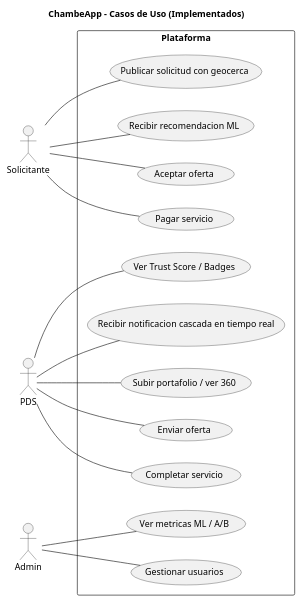
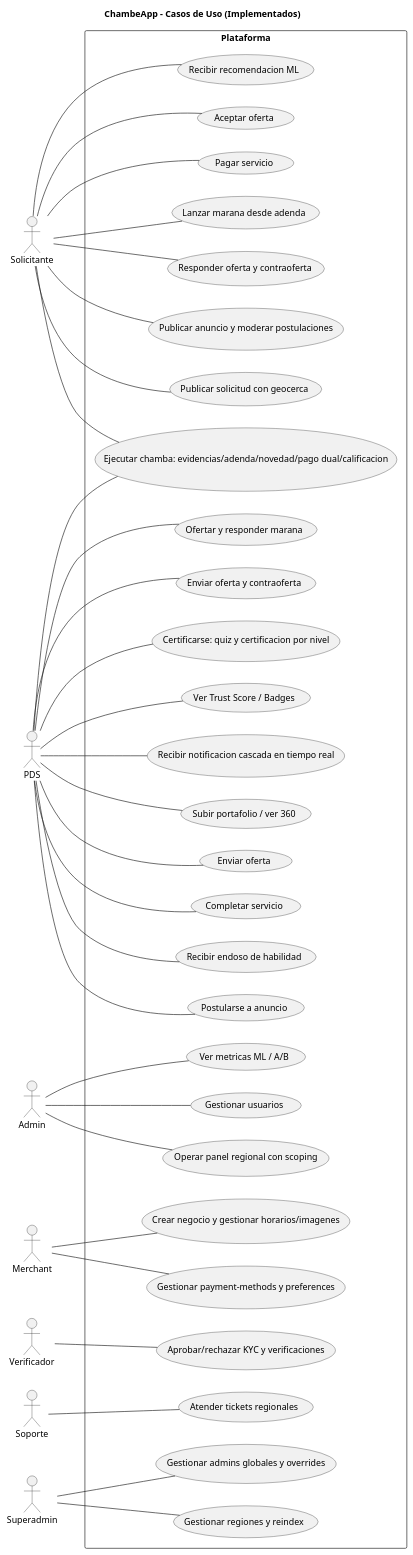
The diagram in Arquitectura/diagramas/05_casos_uso.puml (jpalacioing98/Chambeapp_Doc), drawn with PlantUML before and after one commit. The commit also changed 55 other files, not shown here.

```diff
--- a/Arquitectura/diagramas/05_casos_uso.puml
+++ b/Arquitectura/diagramas/05_casos_uso.puml
@@ -1,21 +1,42 @@
 @startuml
 title ChambeApp - Casos de Uso (Implementados)
 left to right direction
 actor "Solicitante" as SOL
 actor "PDS" as PDS
 actor "Admin" as ADM
+actor "Merchant" as MER
+actor "Verificador" as VER
+actor "Soporte" as SOP
+actor "Superadmin" as SUP
 
 rectangle "Plataforma" {
   SOL -- (Publicar solicitud con geocerca)
   SOL -- (Recibir recomendacion ML)
   SOL -- (Aceptar oferta)
   SOL -- (Pagar servicio)
   PDS -- (Ver Trust Score / Badges)
   PDS -- (Recibir notificacion cascada en tiempo real)
   PDS -- (Subir portafolio / ver 360)
   PDS -- (Enviar oferta)
   PDS -- (Completar servicio)
   ADM -- (Ver metricas ML / A/B)
   ADM -- (Gestionar usuarios)
+  SOL -- (Ejecutar chamba: evidencias/adenda/novedad/pago dual/calificacion)
+  PDS -- (Ejecutar chamba: evidencias/adenda/novedad/pago dual/calificacion)
+  SOL -- (Lanzar marana desde adenda)
+  PDS -- (Ofertar y responder marana)
+  PDS -- (Enviar oferta y contraoferta)
+  SOL -- (Responder oferta y contraoferta)
+  MER -- (Crear negocio y gestionar horarios/imagenes)
+  MER -- (Gestionar payment-methods y preferences)
+  SOL -- (Publicar anuncio y moderar postulaciones)
+  PDS -- (Postularse a anuncio)
+  PDS -- (Certificarse: quiz y certificacion por nivel)
+  PDS -- (Recibir endoso de habilidad)
+  VER -- (Aprobar/rechazar KYC y verificaciones)
+  SOP -- (Atender tickets regionales)
+  ADM -- (Operar panel regional con scoping)
+  SUP -- (Gestionar regiones y reindex)
+  SUP -- (Gestionar admins globales y overrides)
 }
 @enduml
```
